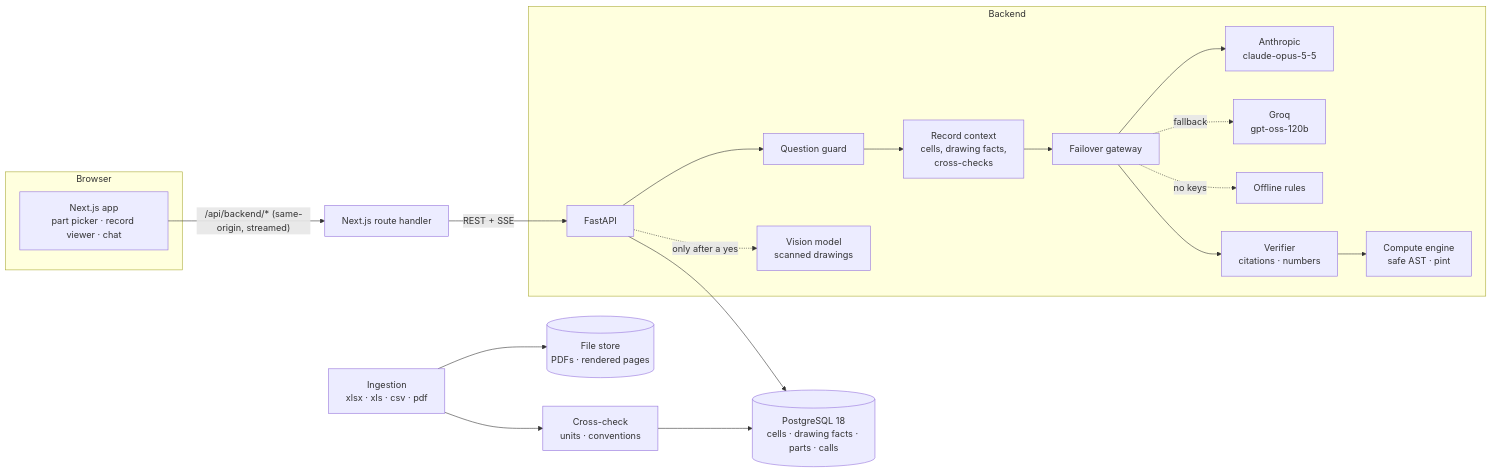
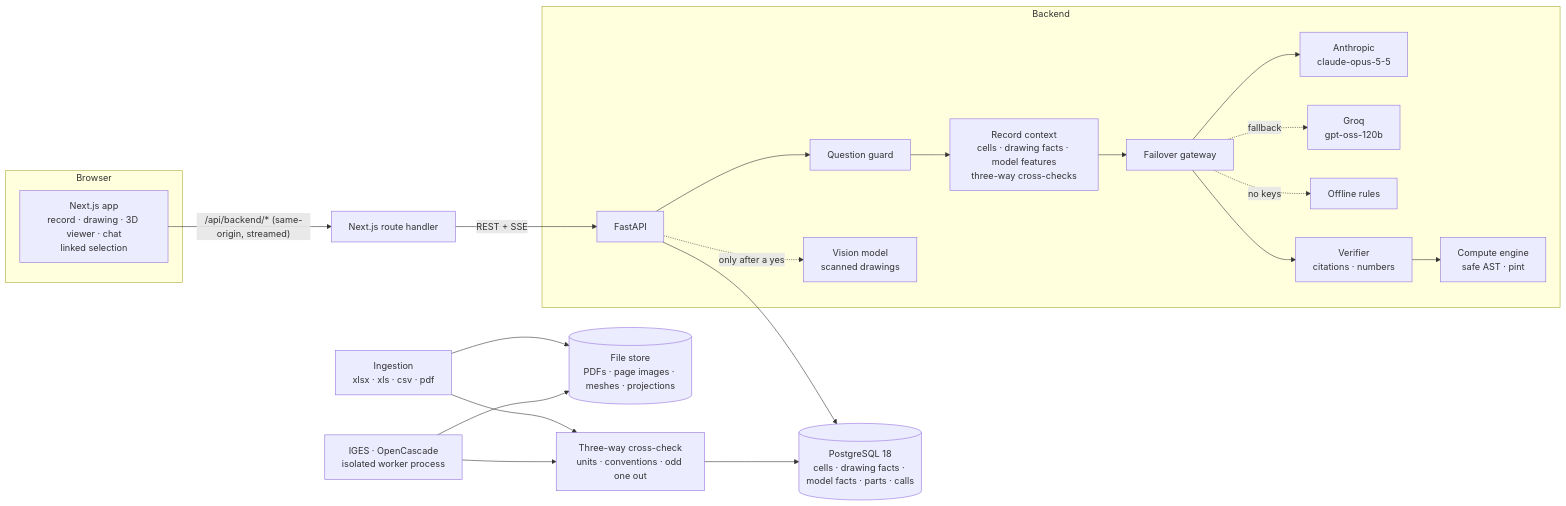
Before and after one commit to Ahmedgito/CNC_Analysis: the diagram in README.md, drawn with Mermaid. The commit also changed other lines of this file and 4 other files, not shown here.

````diff
--- a/README.md
+++ b/README.md
@@ -50,23 +65,25 @@
 ```mermaid
 flowchart LR
   subgraph Browser
-    UI[Next.js app<br/>part picker · record viewer · chat]
+    UI[Next.js app<br/>record · drawing · 3D viewer · chat<br/>linked selection]
   end
   UI -- "/api/backend/* (same-origin, streamed)" --> Proxy[Next.js route handler]
   Proxy -- REST + SSE --> API[FastAPI]
   subgraph Backend
     API --> Guard[Question guard]
-    Guard --> Ctx[Record context<br/>cells, drawing facts,<br/>cross-checks]
+    Guard --> Ctx[Record context<br/>cells · drawing facts · model features<br/>three-way cross-checks]
     Ctx --> GW[Failover gateway]
     GW --> A[Anthropic<br/>claude-opus-5-5]
     GW -. fallback .-> G[Groq<br/>gpt-oss-120b]
     GW -. no keys .-> F[Offline rules]
     GW --> V[Verifier<br/>citations · numbers]
     V --> C[Compute engine<br/>safe AST · pint]
     API -. "only after a yes" .-> Vis[Vision model<br/>scanned drawings]
   end
-  Ingest[Ingestion<br/>xlsx · xls · csv · pdf] --> X[Cross-check<br/>units · conventions]
-  X --> DB[(PostgreSQL 18<br/>cells · drawing facts · parts · calls)]
-  Ingest --> Store[(File store<br/>PDFs · rendered pages)]
+  Ingest[Ingestion<br/>xlsx · xls · csv · pdf] --> X[Three-way cross-check<br/>units · conventions · odd one out]
+  IGES[IGES · OpenCascade<br/>isolated worker process] --> X
+  X --> DB[(PostgreSQL 18<br/>cells · drawing facts · model facts · parts · calls)]
+  Ingest --> Store[(File store<br/>PDFs · page images · meshes · projections)]
+  IGES --> Store
   API --> DB
 ```
````
